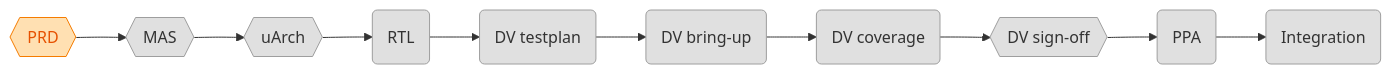
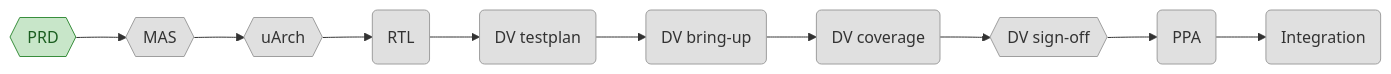
One commit to matanco64/HWSW_Project changed the first of 3 diagrams in hw/PROGRESS.md. Above: the diagram before and after it, drawn with Mermaid. The commit also changed other lines of this file and 1 other file, not shown here.

Commit message:
hw: PLAN.md — tick grape_pipeline PRD, resume pointer

````diff
--- a/hw/PROGRESS.md
+++ b/hw/PROGRESS.md
@@ -10,21 +10,21 @@
 ```mermaid
 flowchart LR
     prd{{PRD}}
     mas{{MAS}}
     uarch{{uArch}}
     rtl(RTL)
     dv_testplan(DV testplan)
     dv_bringup(DV bring-up)
     dv_coverage(DV coverage)
     dv_signoff{{DV sign-off}}
     ppa(PPA)
     integration(Integration)
     prd --> mas --> uarch --> rtl --> dv_testplan --> dv_bringup --> dv_coverage --> dv_signoff --> ppa --> integration
     classDef todo fill:#e0e0e0,stroke:#9e9e9e,color:#333
     classDef in_progress fill:#bbdefb,stroke:#1976d2,color:#0d47a1
     classDef review fill:#ffe0b2,stroke:#f57c00,color:#e65100
     classDef done fill:#c8e6c9,stroke:#388e3c,color:#1b5e20
     classDef blocked fill:#ffcdd2,stroke:#d32f2f,color:#b71c1c
     class mas,uarch,rtl,dv_testplan,dv_bringup,dv_coverage,dv_signoff,ppa,integration todo
-    class prd review
+    class prd done
 ```
````
